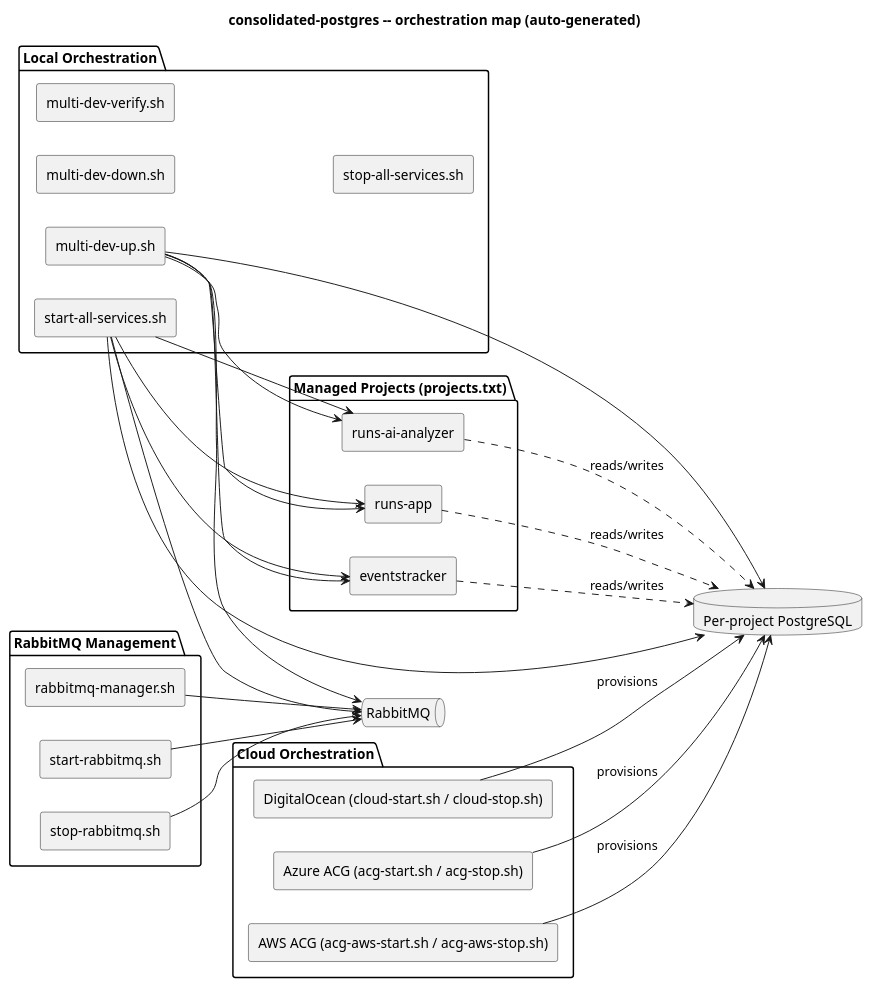
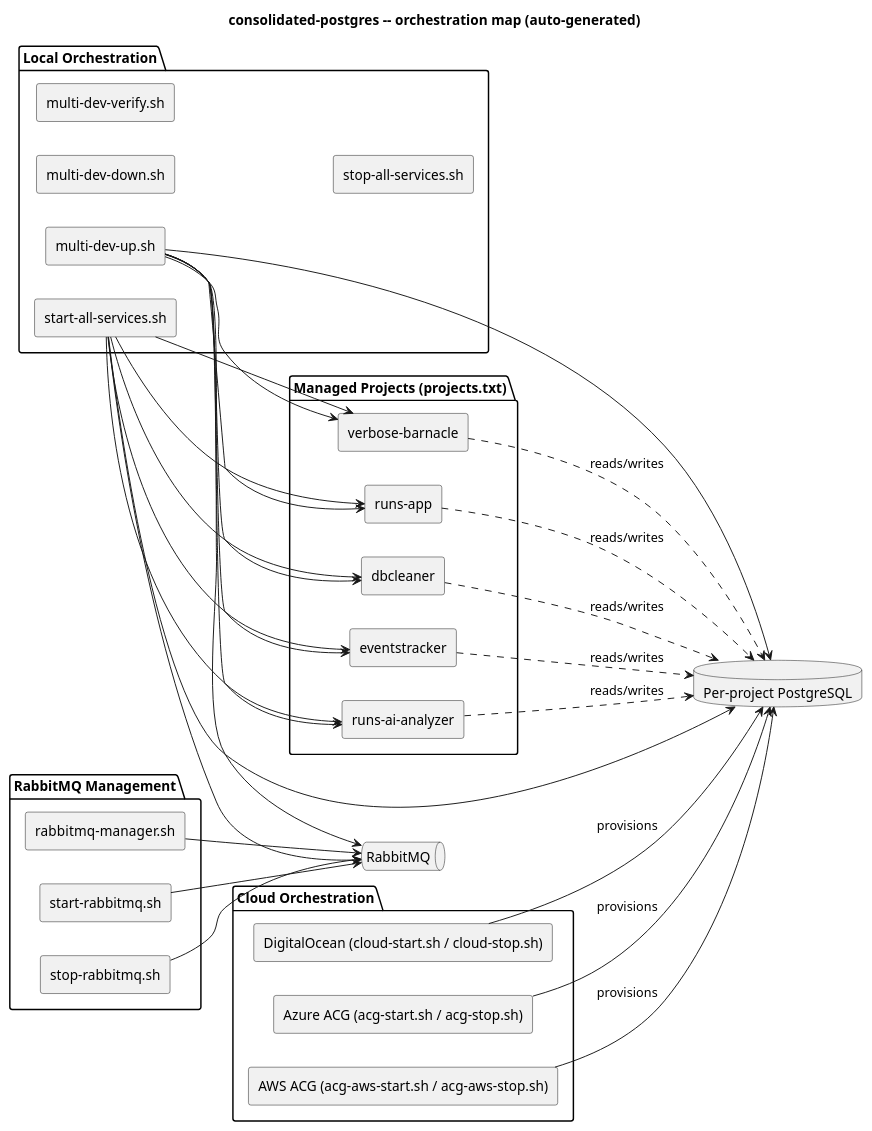
The diagram in README.md (sathishjayapal/consolidated-postgres), drawn with PlantUML before and after one commit. The commit also changed other lines of this file and 14 other files, not shown here.

Commit message:
feat: add verbose-barnacle and dbcleaner projects to architecture and configuration scripts

````diff
--- a/README.md
+++ b/README.md
@@ -31,56 +31,64 @@
 ```plantuml
 @startuml
 title consolidated-postgres -- orchestration map (auto-generated)
 skinparam componentStyle rectangle
 left to right direction
 
 package "Local Orchestration" {
   [multi-dev-up.sh] as multi_dev_up_sh
   [multi-dev-down.sh] as multi_dev_down_sh
   [multi-dev-verify.sh] as multi_dev_verify_sh
   [start-all-services.sh] as start_all_services_sh
   [stop-all-services.sh] as stop_all_services_sh
 }
 
 package "Cloud Orchestration" {
   [DigitalOcean (cloud-start.sh / cloud-stop.sh)] as DigitalOcean
   [Azure ACG (acg-start.sh / acg-stop.sh)] as Azure_ACG
   [AWS ACG (acg-aws-start.sh / acg-aws-stop.sh)] as AWS_ACG
 }
 
 package "RabbitMQ Management" {
   [rabbitmq-manager.sh] as rabbitmq_manager_sh
   [start-rabbitmq.sh] as start_rabbitmq_sh
   [stop-rabbitmq.sh] as stop_rabbitmq_sh
 }
 
 package "Managed Projects (projects.txt)" {
   [eventstracker] as eventstracker
   [runs-app] as runs_app
   [runs-ai-analyzer] as runs_ai_analyzer
+  [verbose-barnacle] as verbose_barnacle
+  [dbcleaner] as dbcleaner
 }
 
 database "Per-project PostgreSQL" as PG
 queue "RabbitMQ" as MQ
 
 multi_dev_up_sh --> eventstracker
 multi_dev_up_sh --> runs_app
 multi_dev_up_sh --> runs_ai_analyzer
+multi_dev_up_sh --> verbose_barnacle
+multi_dev_up_sh --> dbcleaner
 multi_dev_up_sh --> PG
 multi_dev_up_sh --> MQ
 start_all_services_sh --> eventstracker
 start_all_services_sh --> runs_app
 start_all_services_sh --> runs_ai_analyzer
+start_all_services_sh --> verbose_barnacle
+start_all_services_sh --> dbcleaner
 start_all_services_sh --> PG
 start_all_services_sh --> MQ
 DigitalOcean --> PG : provisions
 Azure_ACG --> PG : provisions
 AWS_ACG --> PG : provisions
 rabbitmq_manager_sh --> MQ
 start_rabbitmq_sh --> MQ
 stop_rabbitmq_sh --> MQ
 eventstracker ..> PG : reads/writes
 runs_app ..> PG : reads/writes
 runs_ai_analyzer ..> PG : reads/writes
+verbose_barnacle ..> PG : reads/writes
+dbcleaner ..> PG : reads/writes
 @enduml
 ```
````
